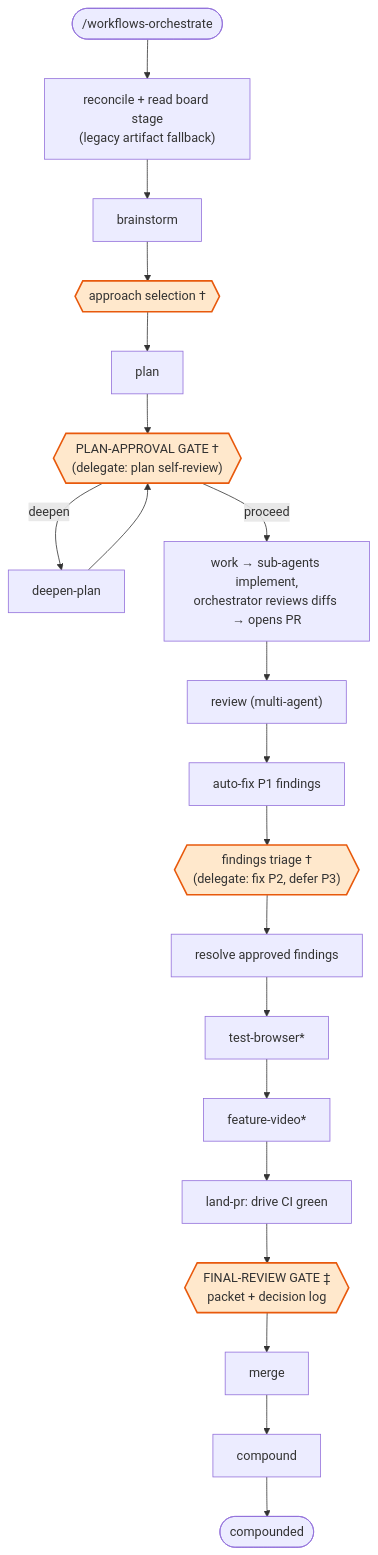
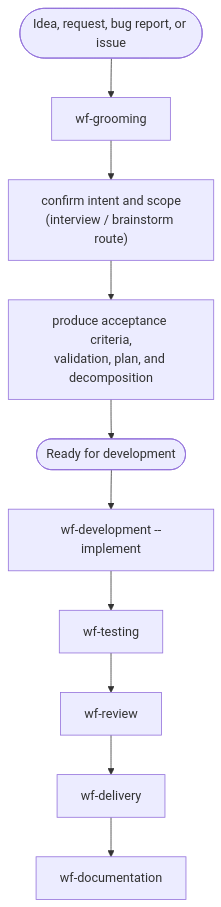
One commit to Life-With-Data/agentic-engineering changed the third of 7 diagrams in plugins/agentic-engineering/FLOWS.md. Above: the diagram before and after it, drawn with Mermaid. The commit also changed other lines of this file and 282 other files, not shown here.

````diff
--- a/plugins/agentic-engineering/FLOWS.md
+++ b/plugins/agentic-engineering/FLOWS.md
@@ -117,25 +40,12 @@
 ```mermaid
 flowchart TD
-    start(["/workflows-orchestrate"]) --> detect["reconcile + read board stage<br/>(legacy artifact fallback)"]
-    detect --> B["brainstorm"]
-    B --> g1{{"approach selection †"}}
-    g1 --> P["plan"]
-    P --> gate{{"PLAN-APPROVAL GATE †<br/>(delegate: plan self-review)"}}
-    gate -->|deepen| DP["deepen-plan"]
-    DP --> gate
-    gate -->|proceed| W["work → sub-agents implement,<br/>orchestrator reviews diffs → opens PR"]
-    W --> R["review (multi-agent)"]
-    R --> p1["auto-fix P1 findings"]
-    p1 --> g2{{"findings triage †<br/>(delegate: fix P2, defer P3)"}}
-    g2 --> resolve["resolve approved findings"]
-    resolve --> TB["test-browser*"]
-    TB --> FV["feature-video*"]
-    FV --> L["land-pr: drive CI green"]
-    L --> g3{{"FINAL-REVIEW GATE ‡<br/>packet + decision log"}}
-    g3 --> M["merge"]
-    M --> C["compound"]
-    C --> done([compounded])
-
-    classDef gate fill:#ffe8cc,stroke:#e8590c,stroke-width:2px;
-    class g1,gate,g2,g3 gate
+    request([Idea, request, bug report, or issue]) --> G["wf-grooming"]
+    G --> intent["confirm intent and scope<br/>(interview / brainstorm route)"]
+    intent --> plan["produce acceptance criteria,<br/>validation, plan, and decomposition"]
+    plan --> ready([Ready for development])
+    ready --> D["wf-development --implement"]
+    D --> T["wf-testing"]
+    T --> R["wf-review"]
+    R --> L["wf-delivery"]
+    L --> K["wf-documentation"]
 ```
````
